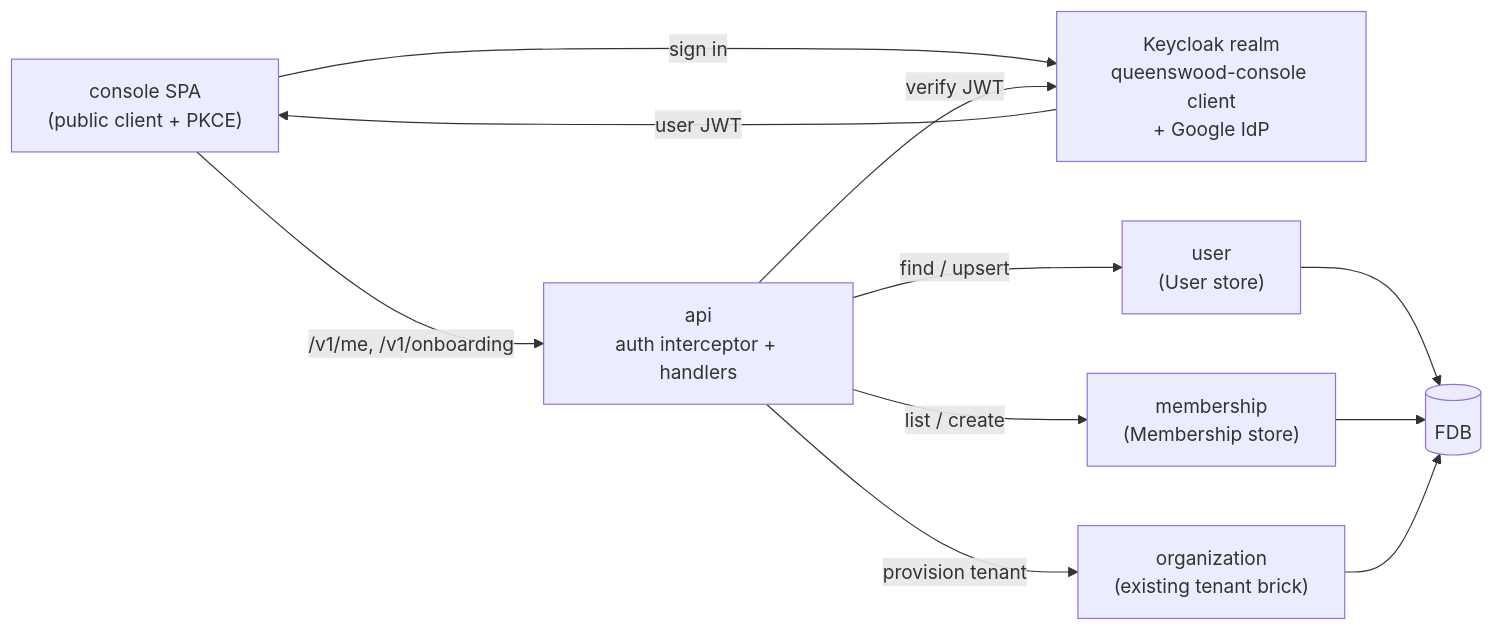
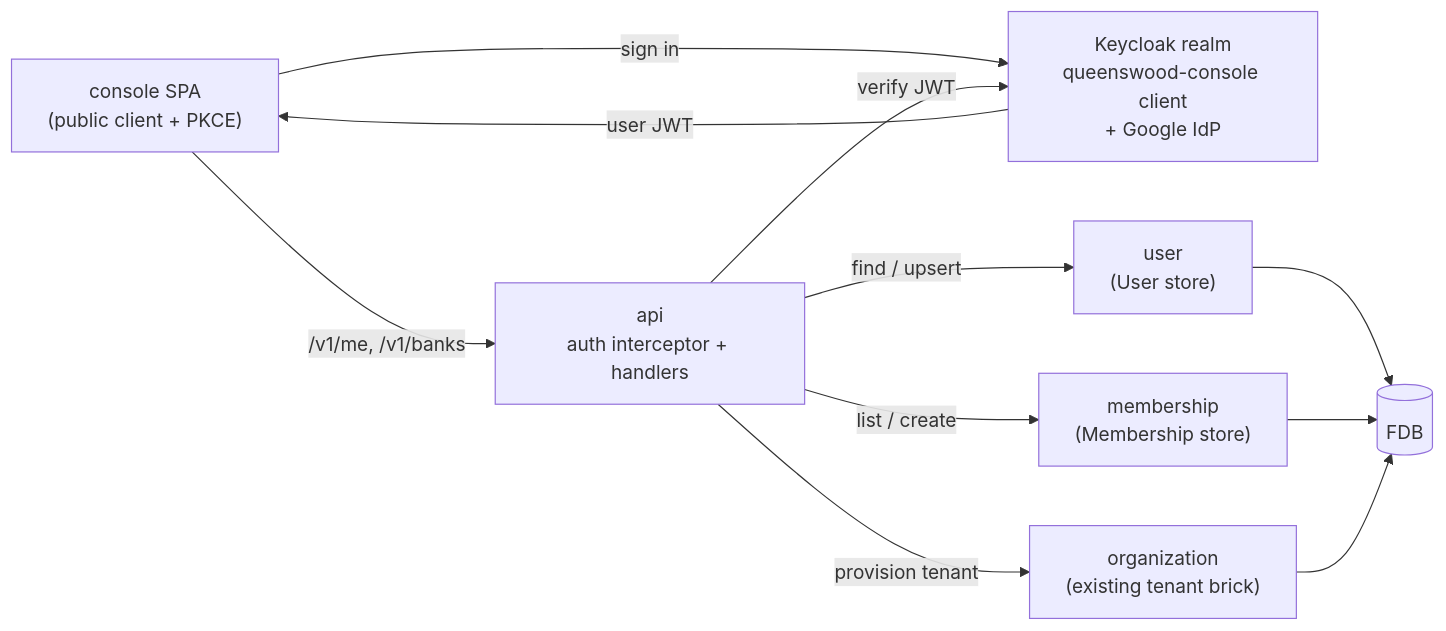
One commit to repldriven/queenswood changed the diagram in docs/tdd/onboarding.md. Above: the diagram before and after it, drawn with Mermaid. The commit also changed other lines of this file and 48 other files, not shown here.

````diff
--- a/docs/tdd/onboarding.md
+++ b/docs/tdd/onboarding.md
@@ -69,21 +69,21 @@
 ```mermaid
 graph LR
     SPA["console SPA<br/>(public client + PKCE)"]
     KC["Keycloak realm<br/>queenswood-console client<br/>+ Google IdP"]
     API["api<br/>auth interceptor + handlers"]
     BU["user<br/>(User store)"]
     BM["membership<br/>(Membership store)"]
     BO["organization<br/>(existing tenant brick)"]
     FDB[("FDB")]
 
     SPA -->|sign in| KC
     KC -->|user JWT| SPA
-    SPA -->|/v1/me, /v1/onboarding| API
+    SPA -->|/v1/me, /v1/banks| API
     API -->|verify JWT| KC
     API -->|find / upsert| BU
     API -->|list / create| BM
     API -->|provision tenant| BO
     BU --> FDB
     BM --> FDB
     BO --> FDB
 ```
````
